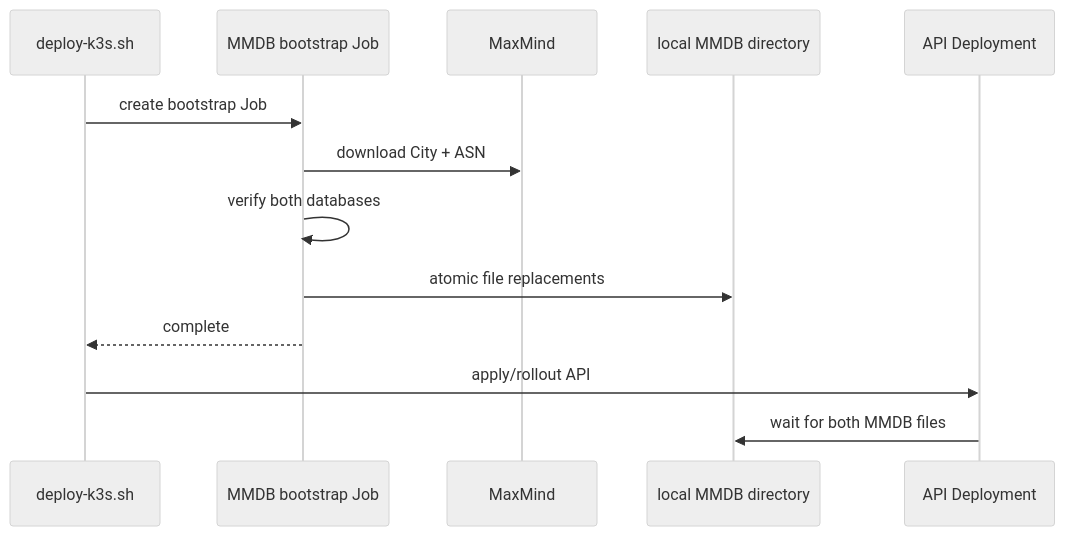
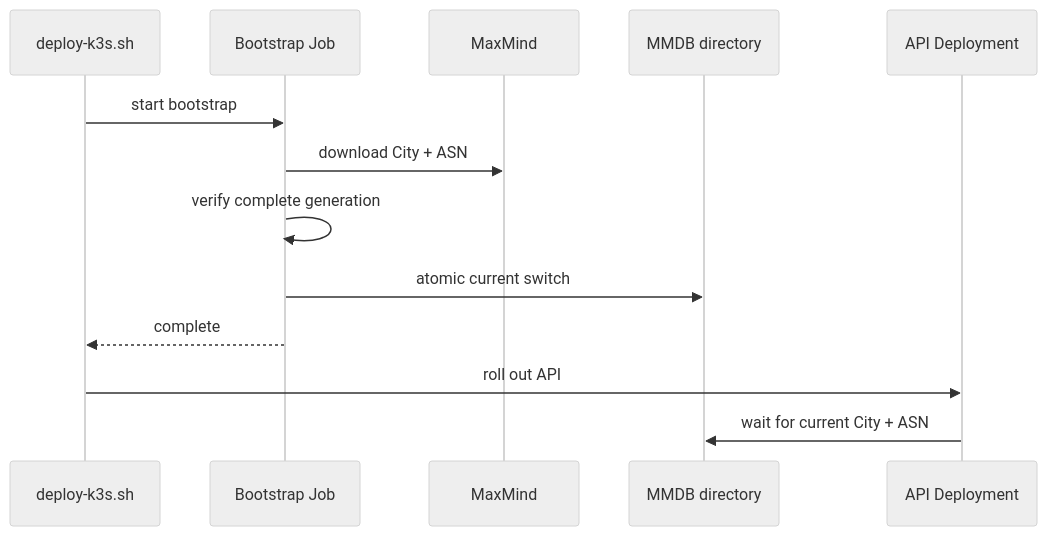
Before and after one commit to Jstarzz/geotagger: the ninth of 11 diagrams in docs/ARCHITECTURE.md, drawn with Mermaid (neutral theme). The commit also changed other lines of this file, not shown here.

Commit message:
docs: describe atomic City and ASN bundle activation

````diff
--- a/docs/ARCHITECTURE.md
+++ b/docs/ARCHITECTURE.md
@@ -316,15 +294,15 @@
 ```mermaid
 sequenceDiagram
     participant D as deploy-k3s.sh
-    participant J as MMDB bootstrap Job
+    participant J as Bootstrap Job
     participant M as MaxMind
-    participant F as local MMDB directory
+    participant F as MMDB directory
     participant A as API Deployment
-    D->>J: create bootstrap Job
+    D->>J: start bootstrap
     J->>M: download City + ASN
-    J->>J: verify both databases
-    J->>F: atomic file replacements
+    J->>J: verify complete generation
+    J->>F: atomic current switch
     J-->>D: complete
-    D->>A: apply/rollout API
-    A->>F: wait for both MMDB files
+    D->>A: roll out API
+    A->>F: wait for current City + ASN
 ```
````
